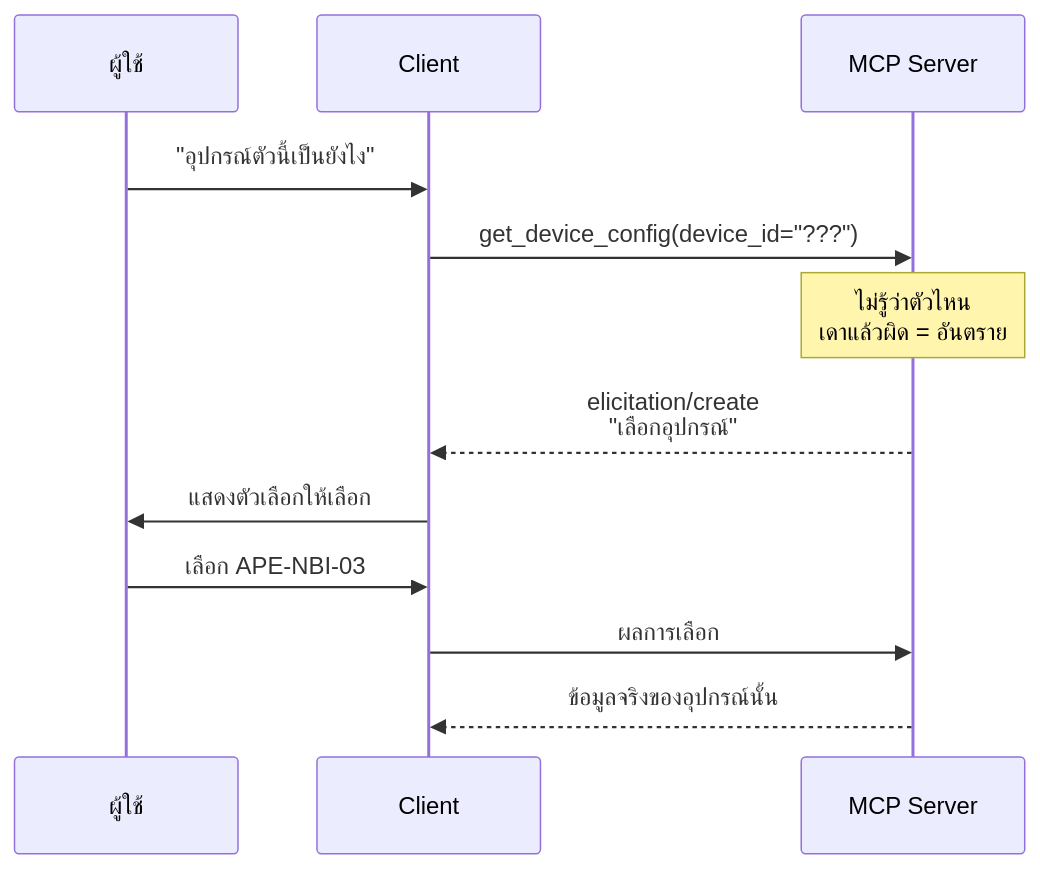
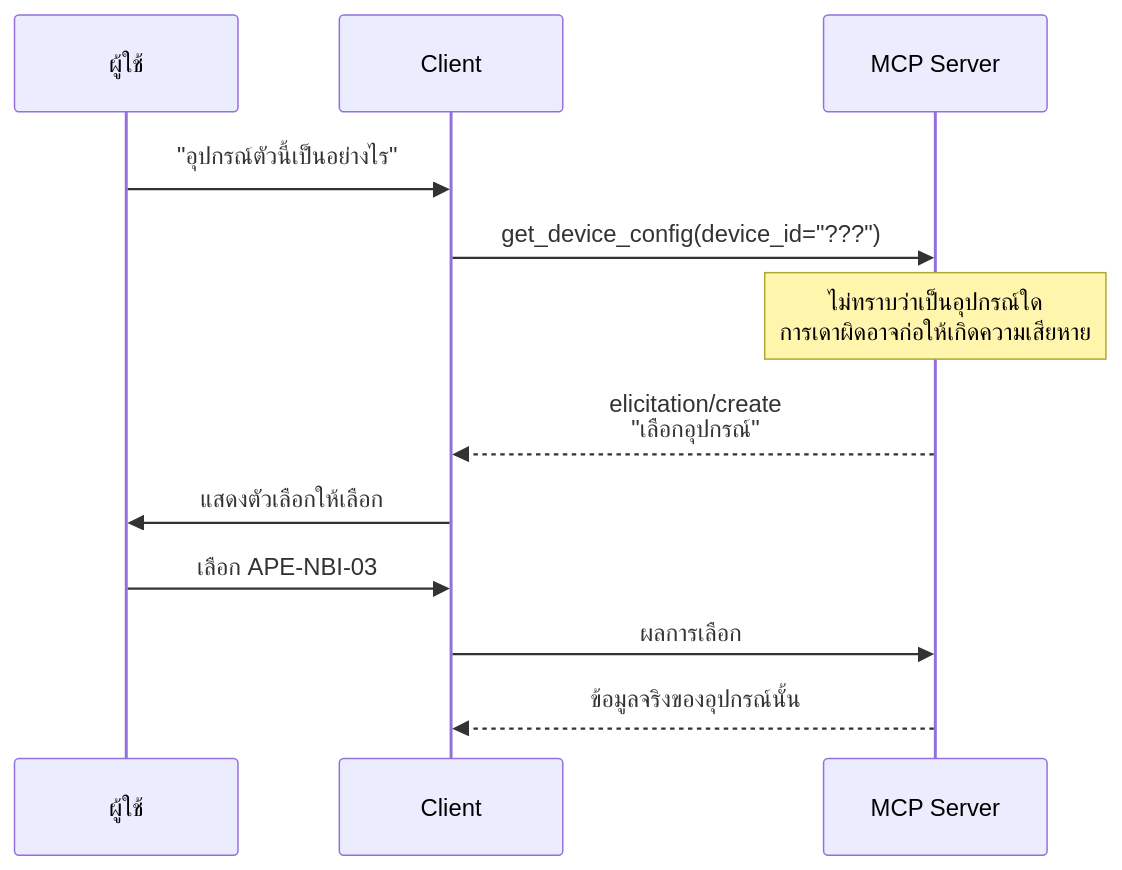
One commit to LLM-CE-KMITL/mcp-workshop changed the diagram in INSTRUCTIONS/day3/11-lab-elicitation.md. Above: the diagram before and after it, drawn with Mermaid. The commit also changed other lines of this file and 53 other files, not shown here.

````diff
--- a/INSTRUCTIONS/day3/11-lab-elicitation.md
+++ b/INSTRUCTIONS/day3/11-lab-elicitation.md
@@ -15,15 +15,15 @@
 ```mermaid
 sequenceDiagram
     participant U as ผู้ใช้
     participant C as Client
     participant S as MCP Server
 
-    U->>C: "อุปกรณ์ตัวนี้เป็นยังไง"
+    U->>C: "อุปกรณ์ตัวนี้เป็นอย่างไร"
     C->>S: get_device_config(device_id="???")
-    Note over S: ไม่รู้ว่าตัวไหน<br/>เดาแล้วผิด = อันตราย
+    Note over S: ไม่ทราบว่าเป็นอุปกรณ์ใด<br/>การเดาผิดอาจก่อให้เกิดความเสียหาย
     S-->>C: elicitation/create<br/>"เลือกอุปกรณ์"
     C->>U: แสดงตัวเลือกให้เลือก
     U->>C: เลือก APE-NBI-03
     C->>S: ผลการเลือก
     S-->>C: ข้อมูลจริงของอุปกรณ์นั้น
 ```
````
